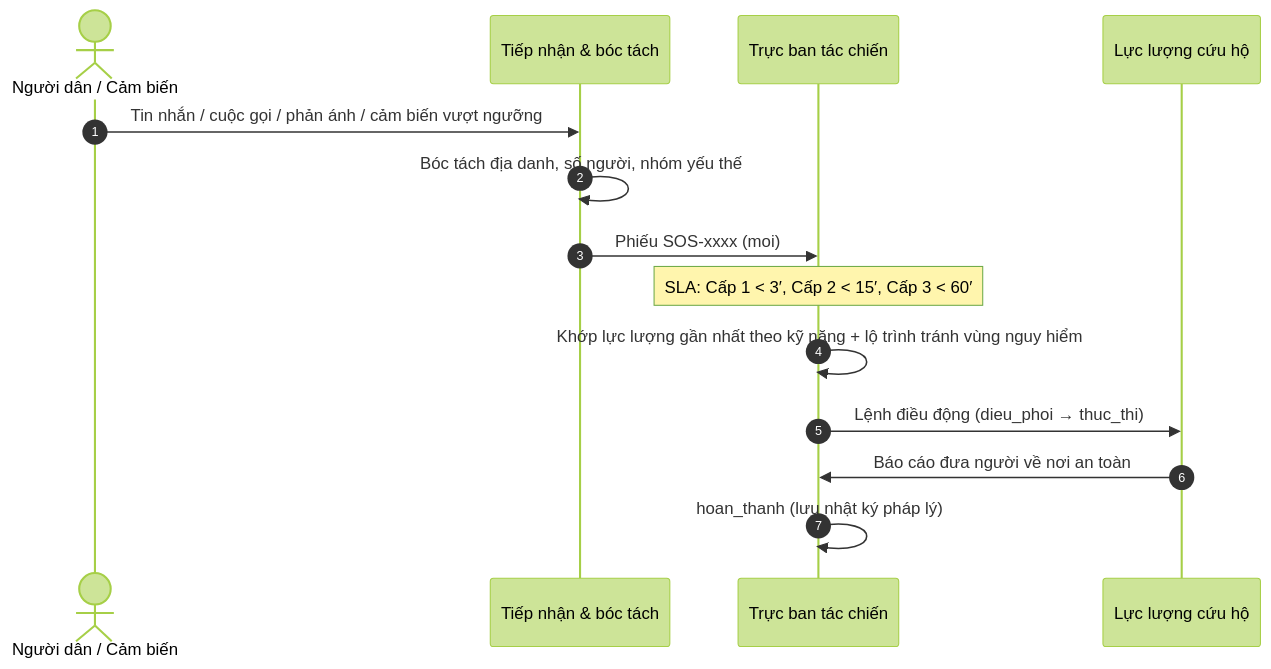
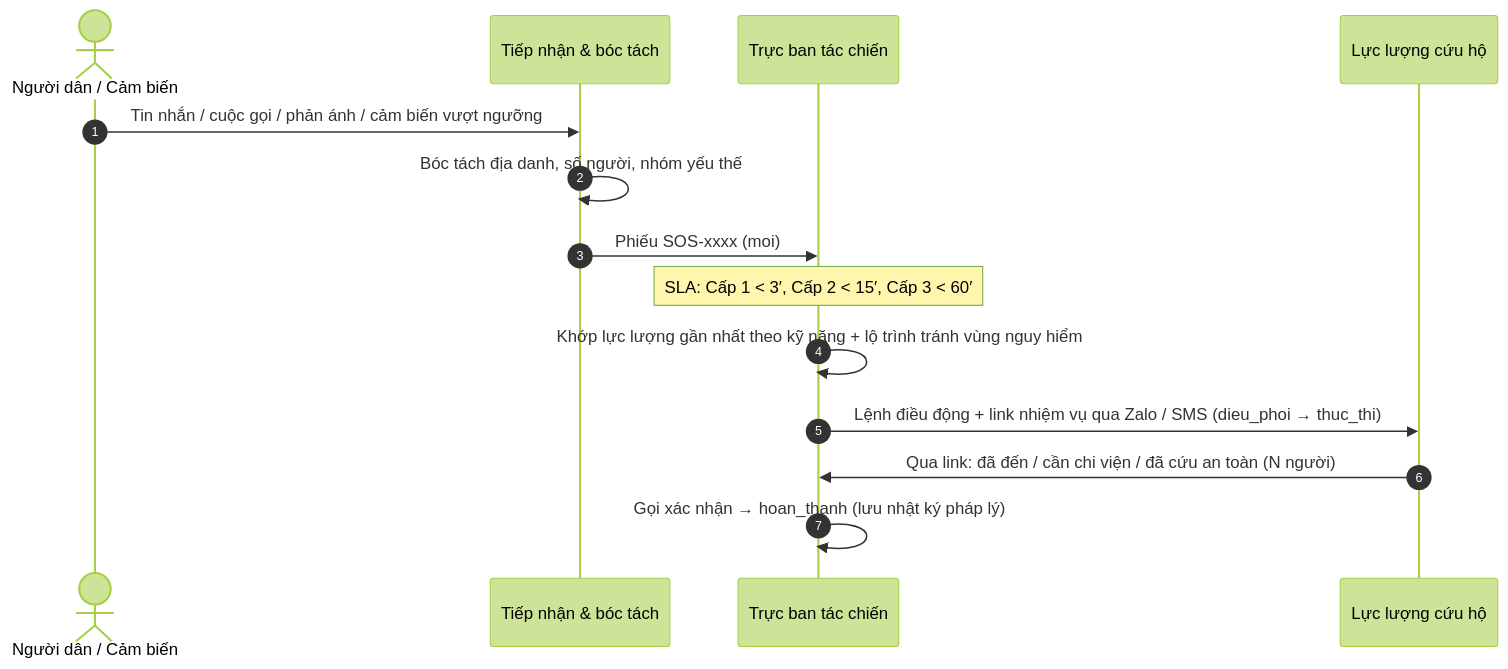
The second of 6 diagrams in README.md (hoang-hg/caobang-pctt), drawn with Mermaid (forest theme) before and after one commit. The commit also changed other lines of this file and 20 other files, not shown here.

````diff
--- a/README.md
+++ b/README.md
@@ -661,16 +662,16 @@
 ```mermaid
 sequenceDiagram
     autonumber
     actor Citizen as Người dân / Cảm biến
     participant Intake as Tiếp nhận & bóc tách
     participant Dispatcher as Trực ban tác chiến
     participant Forces as Lực lượng cứu hộ
     Citizen->>Intake: Tin nhắn / cuộc gọi / phản ánh / cảm biến vượt ngưỡng
     Intake->>Intake: Bóc tách địa danh, số người, nhóm yếu thế
     Intake->>Dispatcher: Phiếu SOS-xxxx (moi)
     Note over Dispatcher: SLA: Cấp 1 < 3′, Cấp 2 < 15′, Cấp 3 < 60′
     Dispatcher->>Dispatcher: Khớp lực lượng gần nhất theo kỹ năng + lộ trình tránh vùng nguy hiểm
-    Dispatcher->>Forces: Lệnh điều động (dieu_phoi → thuc_thi)
-    Forces->>Dispatcher: Báo cáo đưa người về nơi an toàn
-    Dispatcher->>Dispatcher: hoan_thanh (lưu nhật ký pháp lý)
+    Dispatcher->>Forces: Lệnh điều động + link nhiệm vụ qua Zalo / SMS (dieu_phoi → thuc_thi)
+    Forces->>Dispatcher: Qua link: đã đến / cần chi viện / đã cứu an toàn (N người)
+    Dispatcher->>Dispatcher: Gọi xác nhận → hoan_thanh (lưu nhật ký pháp lý)
 ```
````
